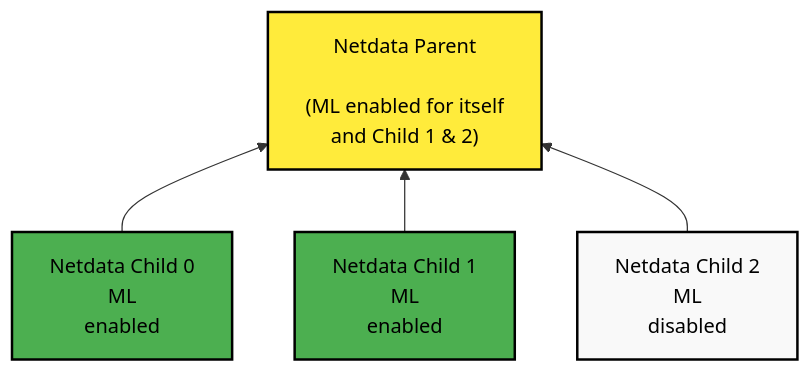
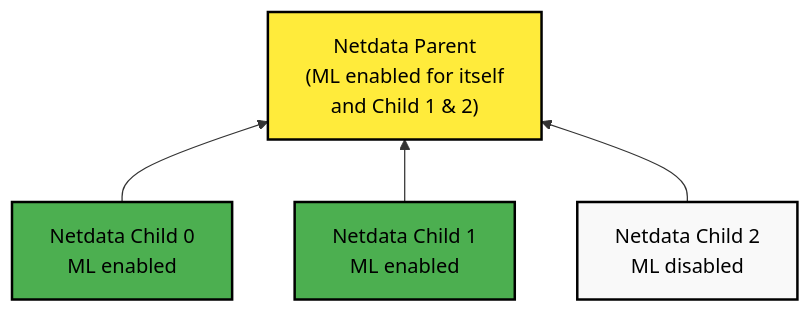
The third of 3 diagrams in src/ml/ml-configuration.md (netdata/netdata), drawn with Mermaid before and after one commit. The commit also changed other lines of this file and 1 other file, not shown here.

````diff
--- a/src/ml/ml-configuration.md
+++ b/src/ml/ml-configuration.md
@@ -160,21 +160,21 @@
 ```mermaid
 flowchart BT
     %% Node styling
     classDef neutral fill:#f9f9f9,stroke:#000000,color:#000000,stroke-width:2px
     classDef success fill:#4caf50,stroke:#000000,color:#000000,stroke-width:2px
     classDef warning fill:#ffeb3b,stroke:#000000,color:#000000,stroke-width:2px
     classDef danger fill:#f44336,stroke:#000000,color:#000000,stroke-width:2px
     
-    C1["Netdata Child 0\nML<br/>enabled"]
-    C2["Netdata Child 1\nML<br/>enabled"]
-    C3["Netdata Child 2\nML<br/>disabled"]
-    P1["Netdata Parent\n<br/>(ML enabled for itself<br/>and Child 1 & 2)"]
+    C1["Netdata Child 0<br/>ML enabled"]
+    C2["Netdata Child 1<br/>ML enabled"]
+    C3["Netdata Child 2<br/>ML disabled"]
+    P1["Netdata Parent<br/>(ML enabled for itself<br/>and Child 1 & 2)"]
     C1 --> P1
     C2 --> P1
     C3 --> P1
     
     %% Apply styles
     class C1,C2 success
     class C3 neutral
     class P1 warning
 ```
````
